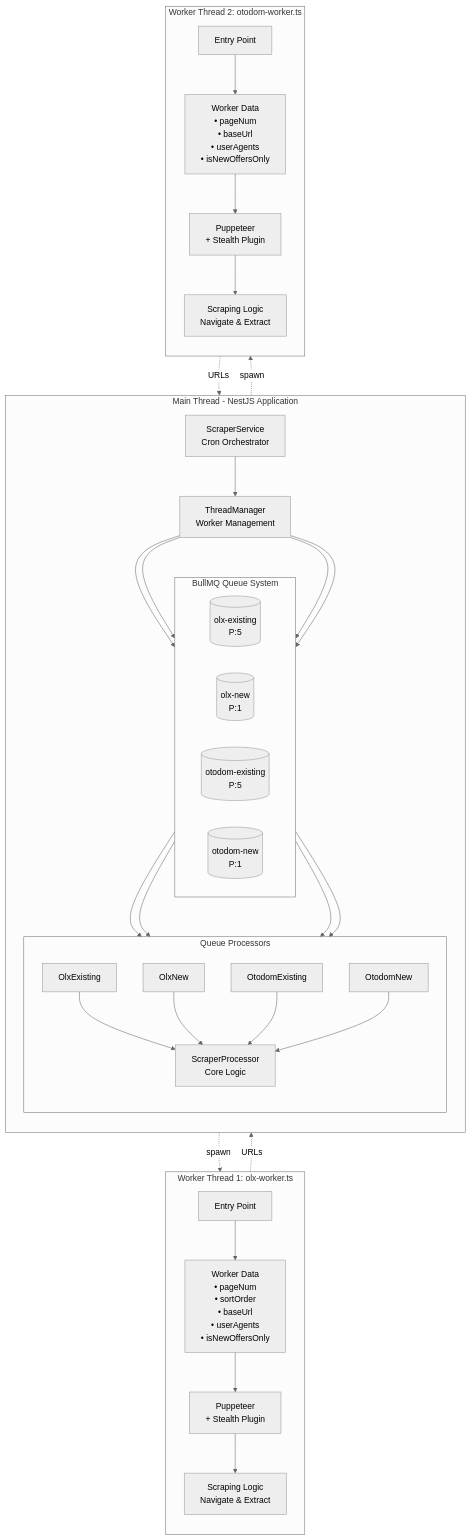
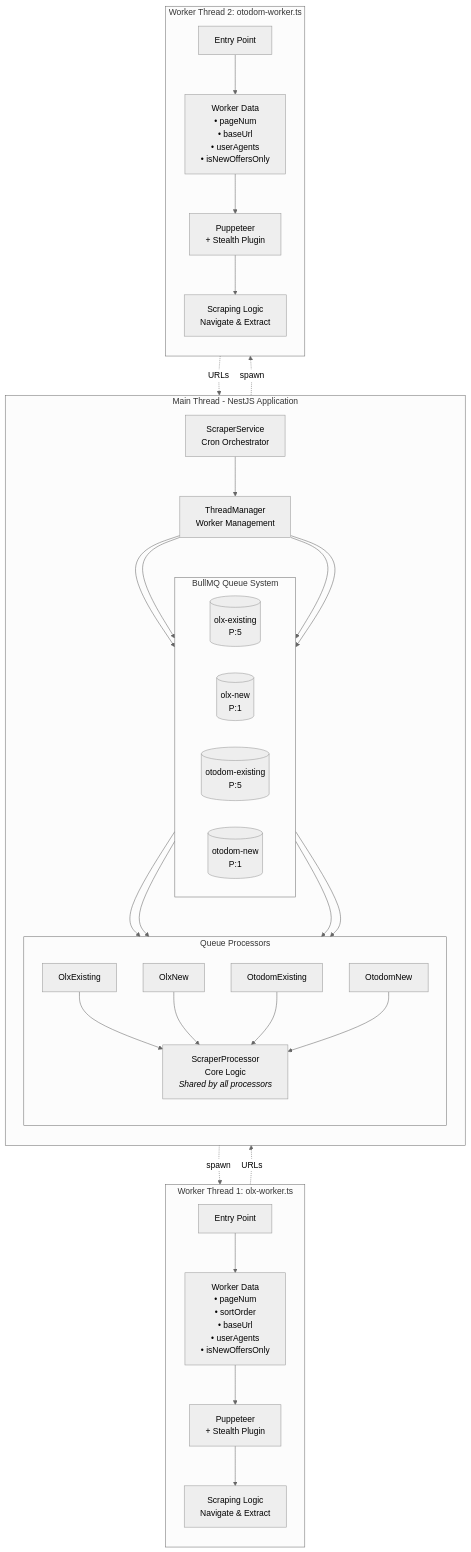
The sixth of 8 diagrams in README.md (Mieszkaniownik/mieszkaniownik), drawn with Mermaid (neutral theme) before and after one commit. The commit also changed other lines of this file and 52 other files, not shown here.

````diff
--- a/README.md
+++ b/README.md
@@ -379,73 +384,73 @@
 ```mermaid
 graph TB
     subgraph MAIN["Main Thread - NestJS Application"]
         direction TB
         SS[ScraperService<br/>Cron Orchestrator]
         STM[ThreadManager<br/>Worker Management]
 
         SS --> STM
 
         subgraph QUEUES["BullMQ Queue System"]
             direction LR
             OEQ[(olx-existing<br/>P:5)]
             ONQ[(olx-new<br/>P:1)]
             OTEQ[(otodom-existing<br/>P:5)]
             OTNQ[(otodom-new<br/>P:1)]
         end
 
-        subgraph PROC["Queue Processors"]
+        subgraph PROCESSORS["Queue Processors"]
             direction TB
             OEP[OlxExisting]
             ONP[OlxNew]
             OTEP[OtodomExisting]
             OTNP[OtodomNew]
-            SP[ScraperProcessor<br/>Core Logic]
+            SP[ScraperProcessor<br/>Core Logic<br/><i>Shared by all processors</i>]
 
             OEP --> SP
             ONP --> SP
             OTEP --> SP
             OTNP --> SP
         end
     end
 
     subgraph WT1["Worker Thread 1: olx-worker.ts"]
         direction TB
         OW[Entry Point]
         OW_DATA[Worker Data<br/>• pageNum<br/>• sortOrder<br/>• baseUrl<br/>• userAgents<br/>• isNewOffersOnly]
         OW_PUPPET[Puppeteer<br/>+ Stealth Plugin]
         OW_LOGIC[Scraping Logic<br/>Navigate & Extract]
 
         OW --> OW_DATA
         OW_DATA --> OW_PUPPET
         OW_PUPPET --> OW_LOGIC
     end
 
     subgraph WT2["Worker Thread 2: otodom-worker.ts"]
         direction TB
         OTW[Entry Point]
         OTW_DATA[Worker Data<br/>• pageNum<br/>• baseUrl<br/>• userAgents<br/>• isNewOffersOnly]
         OTW_PUPPET[Puppeteer<br/>+ Stealth Plugin]
         OTW_LOGIC[Scraping Logic<br/>Navigate & Extract]
 
         OTW --> OTW_DATA
         OTW_DATA --> OTW_PUPPET
         OTW_PUPPET --> OTW_LOGIC
     end
 
     %% Main Thread spawns Workers
     STM -.->|spawn| OW
     STM -.->|spawn| OTW
 
     %% Workers return to Main Thread
     OW_LOGIC -.->|URLs| STM
     OTW_LOGIC -.->|URLs| STM
 
     %% Main Thread queues URLs
     STM --> OEQ & ONQ & OTEQ & OTNQ
 
     %% Queues to Processors
     OEQ --> OEP
     ONQ --> ONP
     OTEQ --> OTEP
     OTNQ --> OTNP
 ```
````
